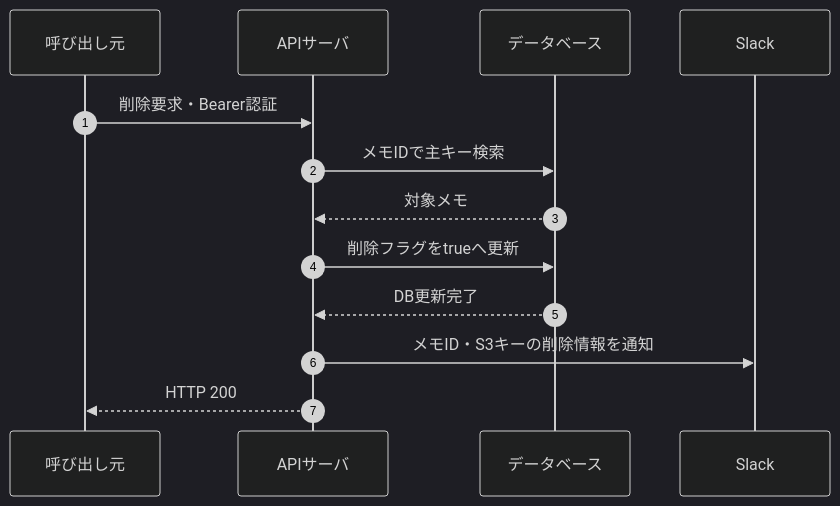
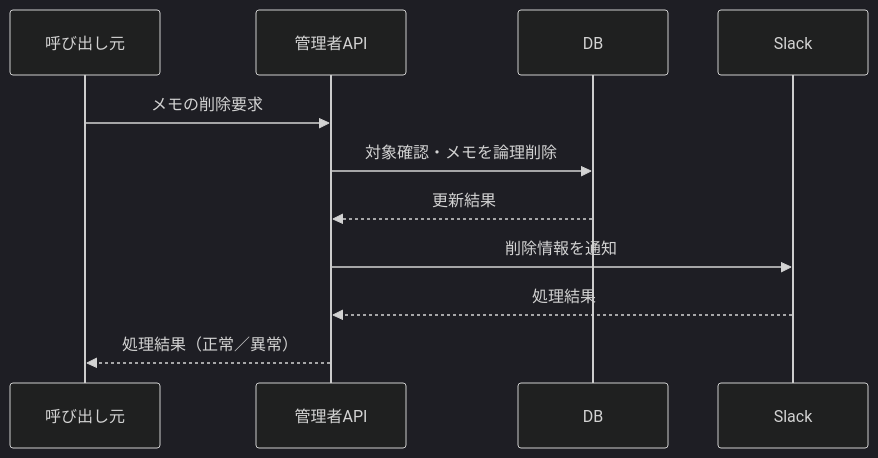
The first of 2 diagrams in ha-docs/design/05_rootapi/設計書_5.7.4.メモ情報削除API.md (kohei-okazaki/work-3g), drawn with Mermaid (dark theme) before and after one commit. The commit also changed other lines of this file and 67 other files, not shown here.

````diff
--- a/ha-docs/design/05_rootapi/設計書_5.7.4.メモ情報削除API.md
+++ b/ha-docs/design/05_rootapi/設計書_5.7.4.メモ情報削除API.md
@@ -94,15 +10,13 @@
 ```mermaid
 sequenceDiagram
-    autonumber
-    participant Client as 呼び出し元
-    participant API as APIサーバ
-    participant DB as データベース
-    participant Slack as Slack
-    Client->>API: 削除要求・Bearer認証
-    API->>DB: メモIDで主キー検索
-    DB-->>API: 対象メモ
-    API->>DB: 削除フラグをtrueへ更新
-    DB-->>API: DB更新完了
-    API->>Slack: メモID・S3キーの削除情報を通知
-    API-->>Client: HTTP 200
+    participant C as 呼び出し元
+    participant A as 管理者API
+    participant D as DB
+    participant N as Slack
+    C->>A: メモの削除要求
+    A->>D: 対象確認・メモを論理削除
+    D-->>A: 更新結果
+    A->>N: 削除情報を通知
+    N-->>A: 処理結果
+    A-->>C: 処理結果（正常／異常）
 ```
````
